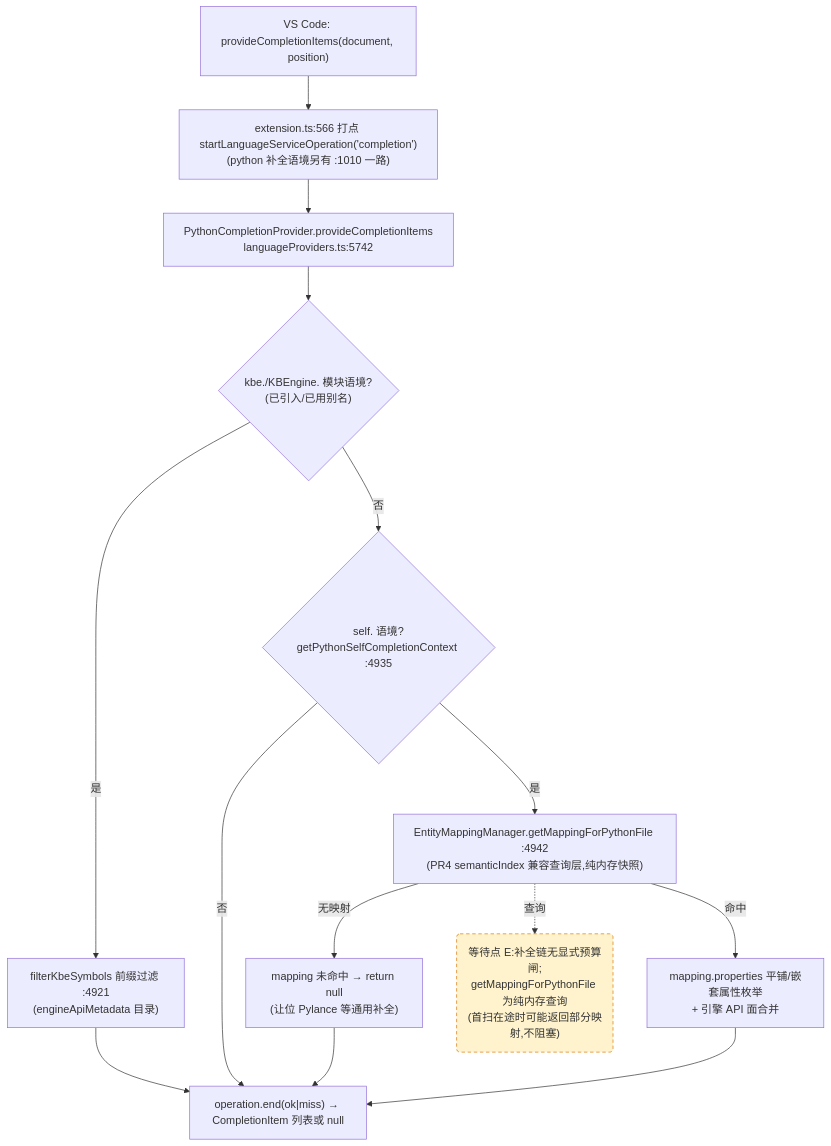
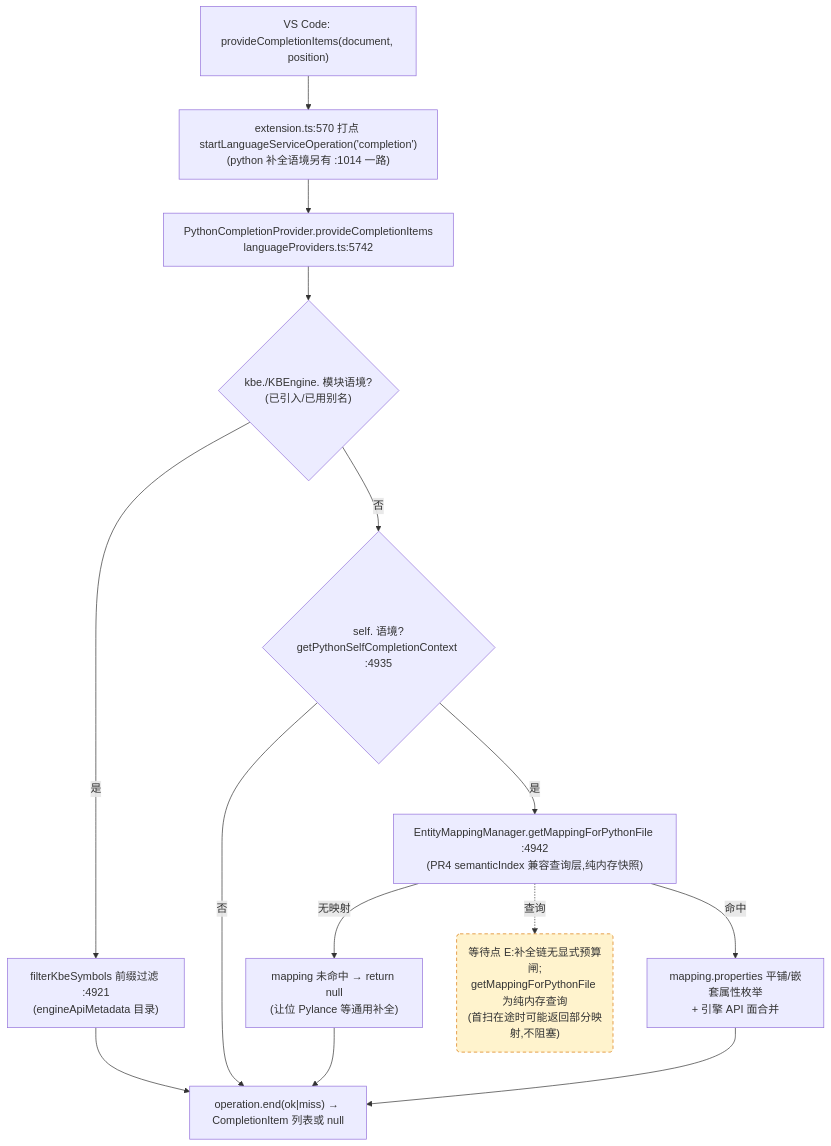
The third of 4 diagrams in docs/perf/2026-baseline.md (cuihairu/kode), drawn with Mermaid before and after one commit. The commit also changed other lines of this file and 10 other files, not shown here.

````diff
--- a/docs/perf/2026-baseline.md
+++ b/docs/perf/2026-baseline.md
@@ -184,27 +184,27 @@
 ```mermaid
 flowchart TD
   VC3["VS Code: provideCompletionItems(document, position)"]
-  M3["extension.ts:566 打点 startLanguageServiceOperation('completion')<br/>(python 补全语境另有 :1010 一路)"]
+  M3["extension.ts:570 打点 startLanguageServiceOperation('completion')<br/>(python 补全语境另有 :1014 一路)"]
   CP["PythonCompletionProvider.provideCompletionItems<br/>languageProviders.ts:5742"]
   KBEC{"kbe./KBEngine. 模块语境?<br/>(已引入/已用别名)"}
   FILTER["filterKbeSymbols 前缀过滤 :4921<br/>(engineApiMetadata 目录)"]
   SELFC{"self. 语境?<br/>getPythonSelfCompletionContext :4935"}
   MAP["EntityMappingManager.getMappingForPythonFile :4942<br/>(PR4 semanticIndex 兼容查询层,纯内存快照)"]
   NOMAP["mapping 未命中 → return null<br/>(让位 Pylance 等通用补全)"]
   PROPS["mapping.properties 平铺/嵌套属性枚举<br/>+ 引擎 API 面合并"]
   END3["operation.end(ok|miss) → CompletionItem 列表或 null"]
 
   VC3 --> M3 --> CP --> KBEC
   KBEC -- "是" --> FILTER --> END3
   KBEC -- "否" --> SELFC
   SELFC -- "否" --> END3
   SELFC -- "是" --> MAP
   MAP -- "无映射" --> NOMAP --> END3
   MAP -- "命中" --> PROPS --> END3
 
   WAITE("等待点 E:补全链无显式预算闸;<br/>getMappingForPythonFile 为纯内存查询<br/>(首扫在途时可能返回部分映射,不阻塞)")
   MAP -.->|查询| WAITE
 
   classDef waitPoint fill:#fff3cd,stroke:#d97706,stroke-dasharray:5 4;
   class WAITE waitPoint;
 ```
````
